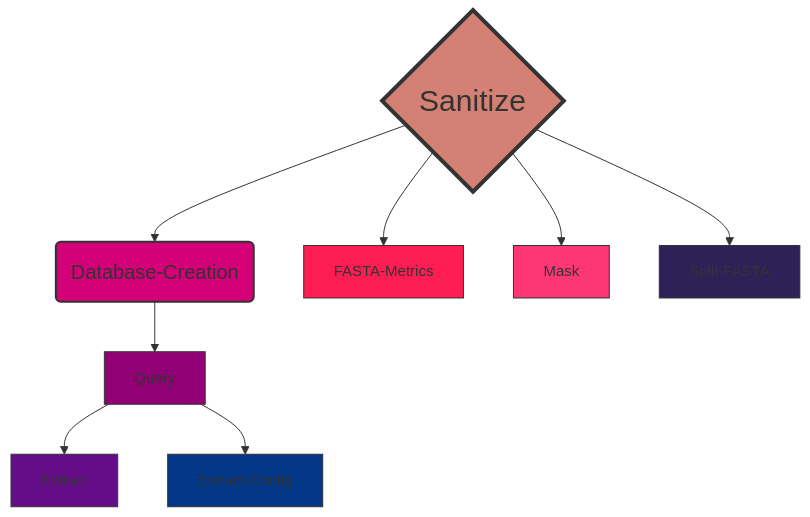
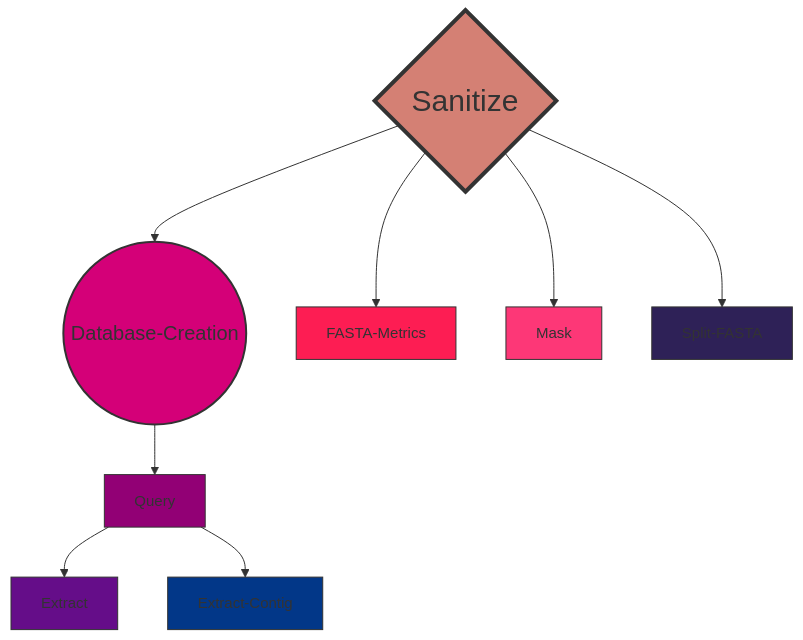
Before and after one commit to ERBringHorvath/SeqForge: the diagram in README.md, drawn with Mermaid.

````diff
--- a/README.md
+++ b/README.md
@@ -79,20 +79,20 @@
 ```mermaid
 graph TD;
-    A{Sanitize}-->B(Database-Creation);
-    B(Database-Creation)-->C[Query];
+    A{Sanitize}-->B((Database-Creation));
+    B((Database-Creation))-->C[Query];
     C[Query]-->D[Extract];
     C[Query]-->E[Extract-Contig];
     A{Sanitize}-->F[FASTA-Metrics];
     A{Sanitize}-->G[Mask];
     A{Sanitize}-->H[Split-FASTA];
 
     %% Custom style for Sanitize node
     style A fill:#d48074,stroke:#333,stroke-width:4,font-size:30px
     style B fill:#d40078,stroke:#333,stroke-width:2,font-size:20px
     style C fill:#920075,stroke:#333,stroke-width:1,font-size:15px
     style D fill:#650D89,stroke:#333,stroke-width:1,font-size:15px
     style E fill:#023788,stroke:#333,stroke-width:1,font-size:15px
     style F fill:#fd1d53,stroke:#333,stroke-width:1,font-size:15px
     style G fill:#fd3777,stroke:#333,stroke-width:1,font-size:15px
     style H fill:#2e2157,stroke:#333,stroke-width:1,font-size:15px
 ```
````
